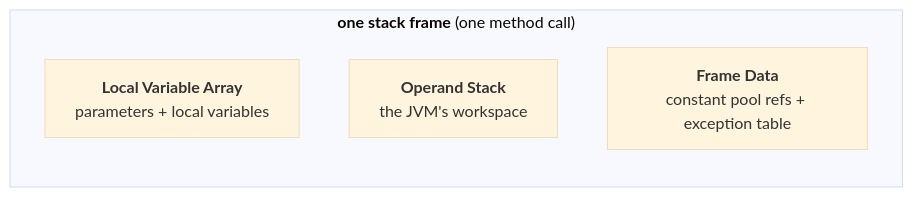
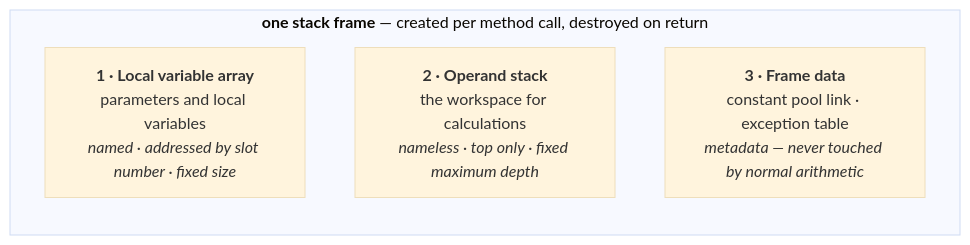
The third of 5 diagrams in Java/DURGA/JVM-ARCHITECTURE/06-Stack-Memory-PC-Registers-And-Native-Method-Stacks.md (Dummy-Bug/system-design-handbook), drawn with Mermaid (base theme) before and after one commit. The commit also changed other lines of this file and 8 other files, not shown here.

````diff
--- a/Java/DURGA/JVM-ARCHITECTURE/06-Stack-Memory-PC-Registers-And-Native-Method-Stacks.md
+++ b/Java/DURGA/JVM-ARCHITECTURE/06-Stack-Memory-PC-Registers-And-Native-Method-Stacks.md
@@ -82,9 +89,9 @@
 ```mermaid
 flowchart TB
-    subgraph F["<b>one stack frame</b> (one method call)"]
+    subgraph F["<b>one stack frame</b> — created per method call, destroyed on return"]
         direction TB
-        LVA["<b>Local Variable Array</b><br/>parameters + local variables"]
-        OS["<b>Operand Stack</b><br/>the JVM's workspace"]
-        FD["<b>Frame Data</b><br/>constant pool refs + exception table"]
+        LVA["<b>1 · Local variable array</b><br/>parameters and local variables<br/><i>named · addressed by slot number · fixed size</i>"]
+        OS["<b>2 · Operand stack</b><br/>the workspace for calculations<br/><i>nameless · top only · fixed maximum depth</i>"]
+        FD["<b>3 · Frame data</b><br/>constant pool link · exception table<br/><i>metadata — never touched by normal arithmetic</i>"]
     end
 ```
````
